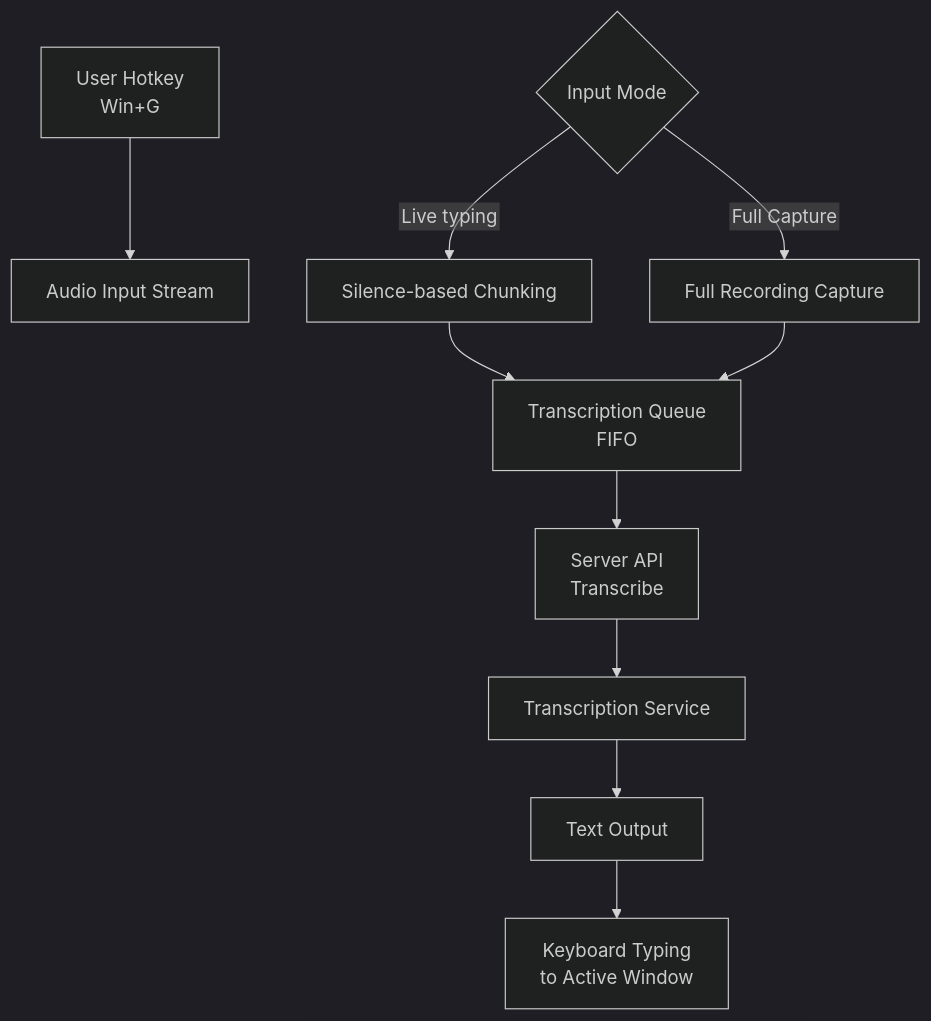
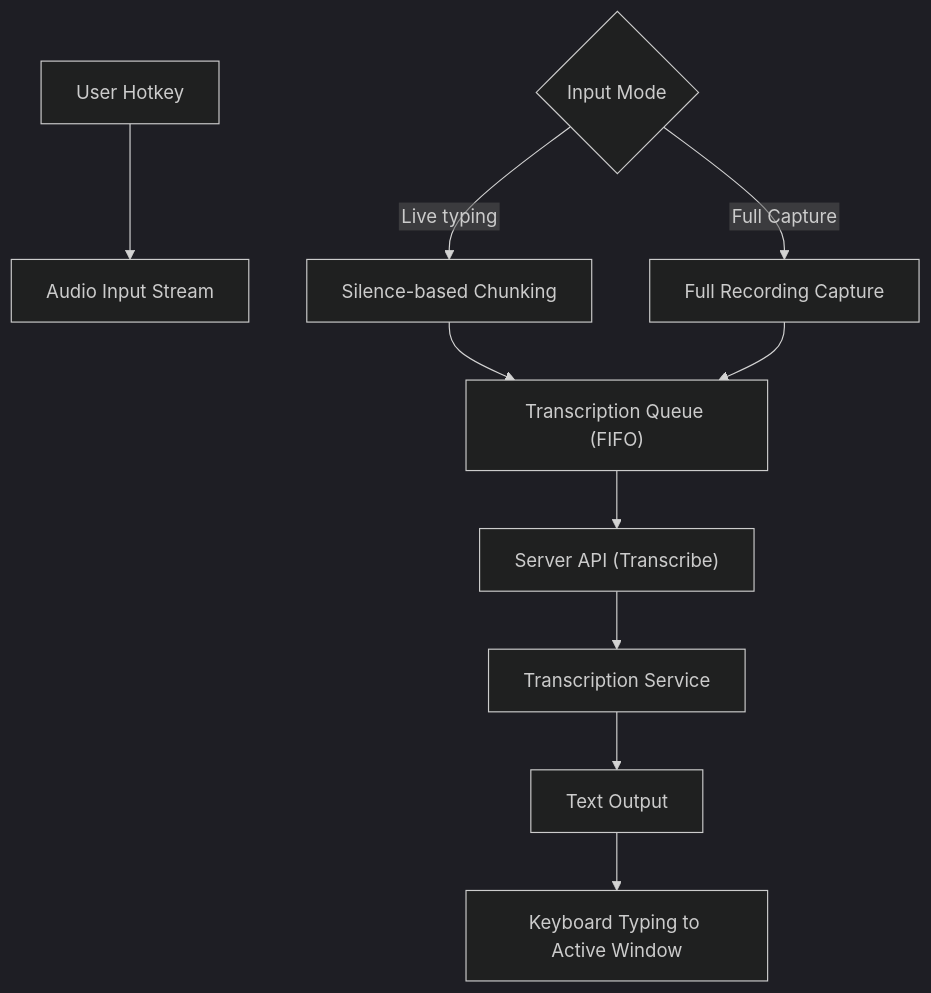
One commit to sharadcodes/whisper-typer changed the diagram in README.md. Above: the diagram before and after it, drawn with Mermaid (dark theme). The commit also changed other lines of this file and 3 other files, not shown here.

````diff
--- a/README.md
+++ b/README.md
@@ -35,15 +33,15 @@
 ```mermaid
 %%{init: {"flowchart": {"htmlLabels": false}} }%%
 flowchart TD
-    A["User Hotkey\nWin+G"] --> B["Audio Input Stream"]
+    A["User Hotkey"] --> B["Audio Input Stream"]
     C{"Input Mode"}
     C -->|Live typing| D["Silence-based Chunking"]
     C -->|Full Capture| E["Full Recording Capture"]
-    D --> F["Transcription Queue\nFIFO"]
+    D --> F["Transcription Queue (FIFO)"]
 
     E --> F
-    F --> G["Server API\nTranscribe"]
+    F --> G["Server API (Transcribe)"]
     G --> H["Transcription Service"]
     H --> I["Text Output"]
-    I --> J["Keyboard Typing\nto Active Window"]
+    I --> J["Keyboard Typing to Active Window"]
 ```
````
